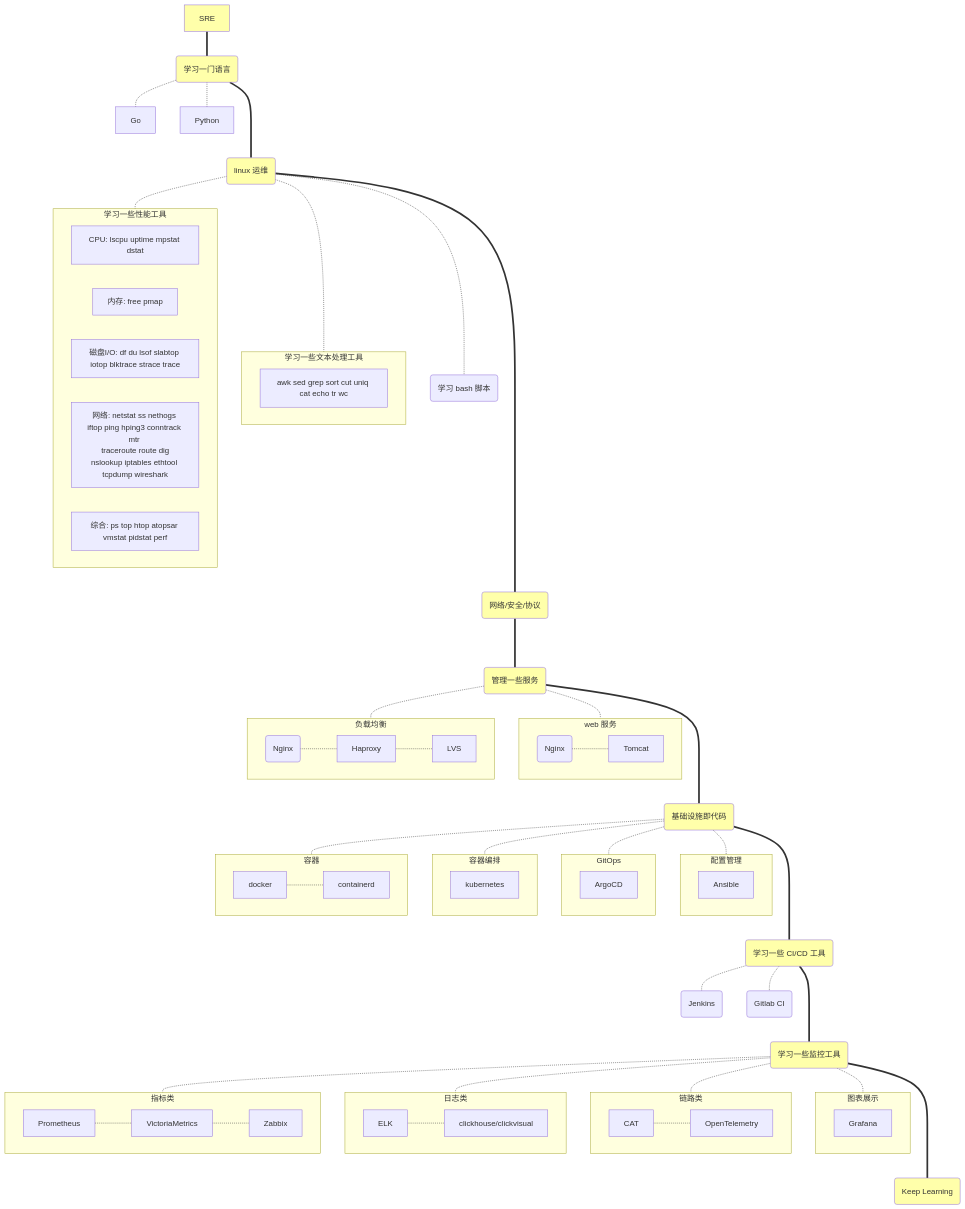
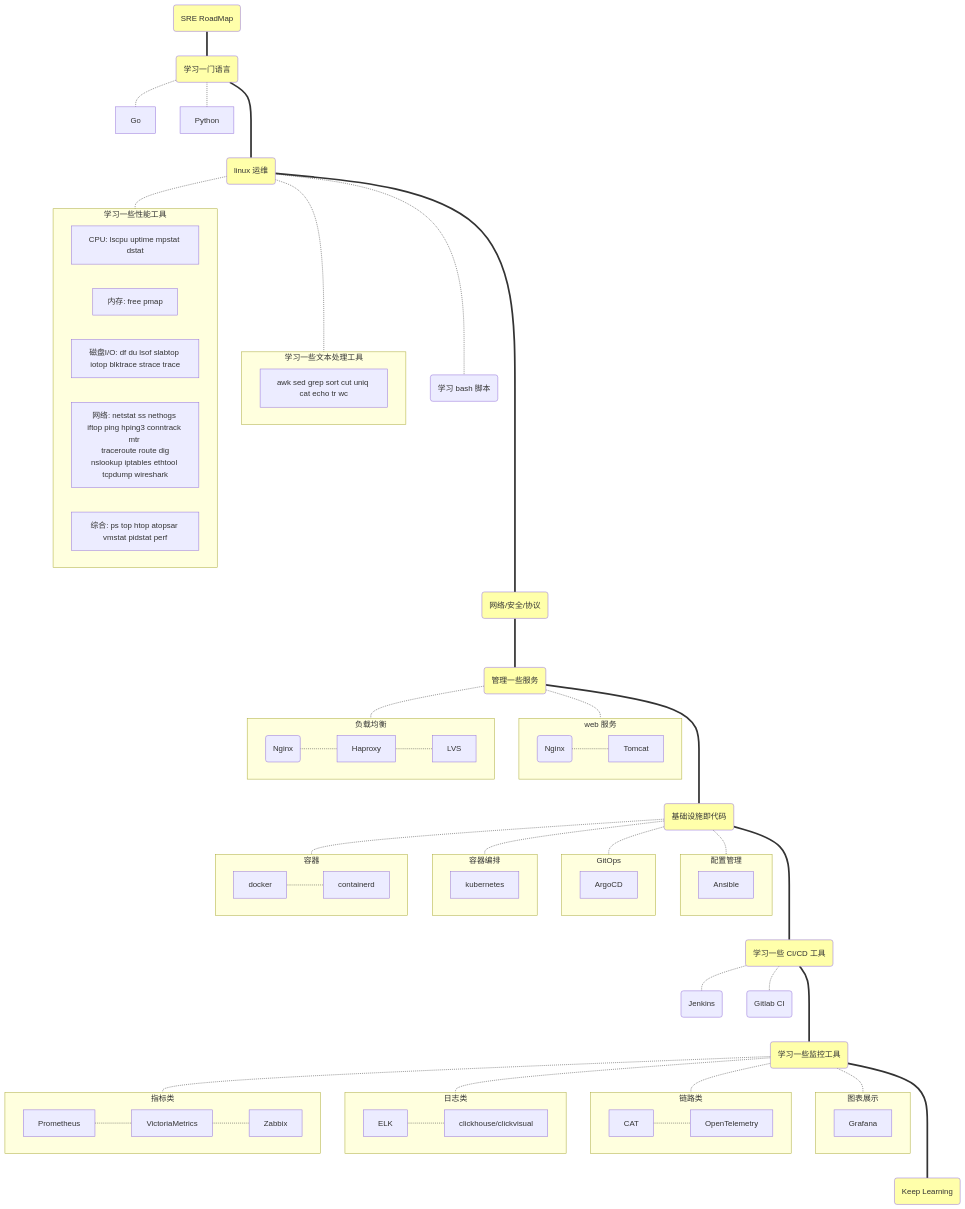
The diagram in docs/README.md (clay-wangzhi/SreGuide), drawn with Mermaid before and after one commit. The commit also changed other lines of this file and 1 other file, not shown here.

Commit message:
[doc update]更新 README.md

````diff
--- a/docs/README.md
+++ b/docs/README.md
@@ -23,6 +23,6 @@
 ```mermaid
 flowchart TB
-	SRE === A(学习一门语言) ==== C(linux 运维) ==== D(网络/安全/协议) ==== E(管理一些服务) ==== F(基础设施即代码) ====  G(学习一些 CI/CD 工具) ==== H(学习一些监控工具) ==== I(Keep Learning)
+	SRE(SRE RoadMap) === A(学习一门语言) ==== C(linux 运维) ==== D(网络/安全/协议) ==== E(管理一些服务) ==== F(基础设施即代码) ====  G(学习一些 CI/CD 工具) ==== H(学习一些监控工具) ==== I(Keep Learning)
 
   A -.- Go
   A -.- Python
@@ -54,7 +54,7 @@
 	
   subgraph E1[负载均衡]
 		n2(Nginx) -.- Haproxy -.- LVS
-		click n2 "web/nginx"
+		click n2 "https://clay-wangzhi.com/web/nginx"
 	end
 	
 	F -.- F1
@@ -87,19 +87,19 @@
 	H -.- H4
 	
   subgraph H4[图表展示]
-	Grafana
+		Grafana
 	end
 	
   subgraph H3[链路类]
-	CAT -.- OpenTelemetry
+		CAT -.- OpenTelemetry
 	end
 	
 	subgraph H2[日志类]
-	ELK -.- clickhouse/clickvisual
+		ELK -.- clickhouse/clickvisual
 	end
 	
   subgraph H1[指标类]
-	Prometheus -.- VictoriaMetrics -.- Zabbix
+		Prometheus -.- VictoriaMetrics -.- Zabbix
 	end
 	
 	class SRE h1;class A h1;class B h1;class C h1;class D h1;class E h1;class F h1;class G h1;class H h1;class I h1;
````
